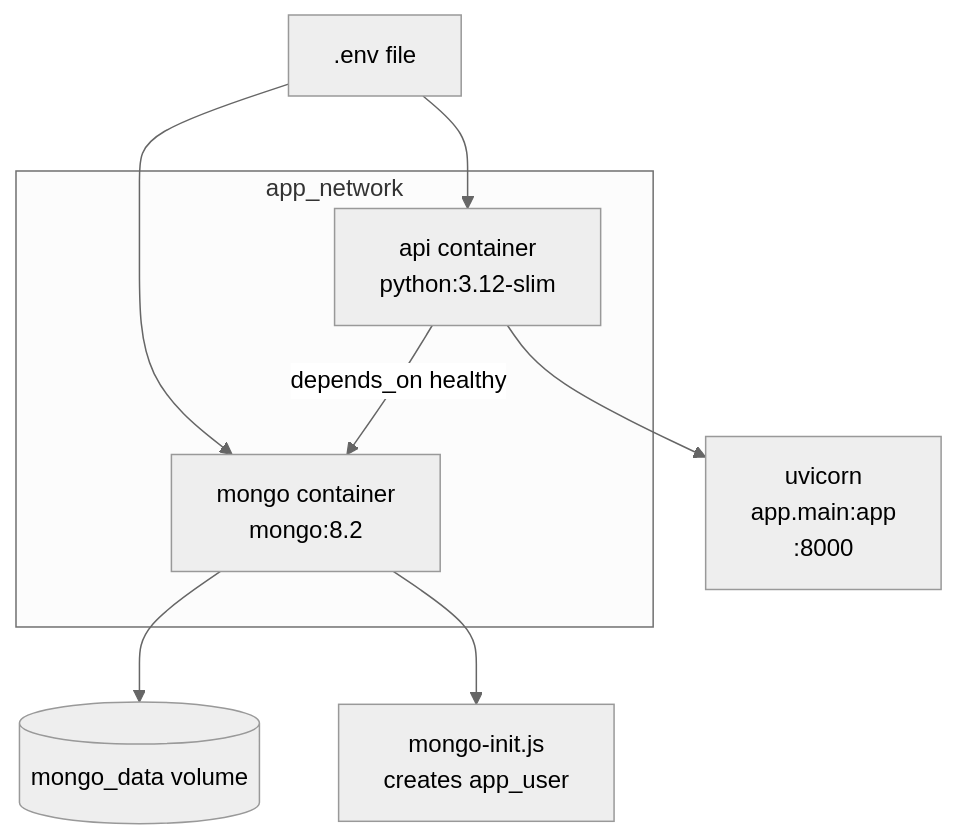
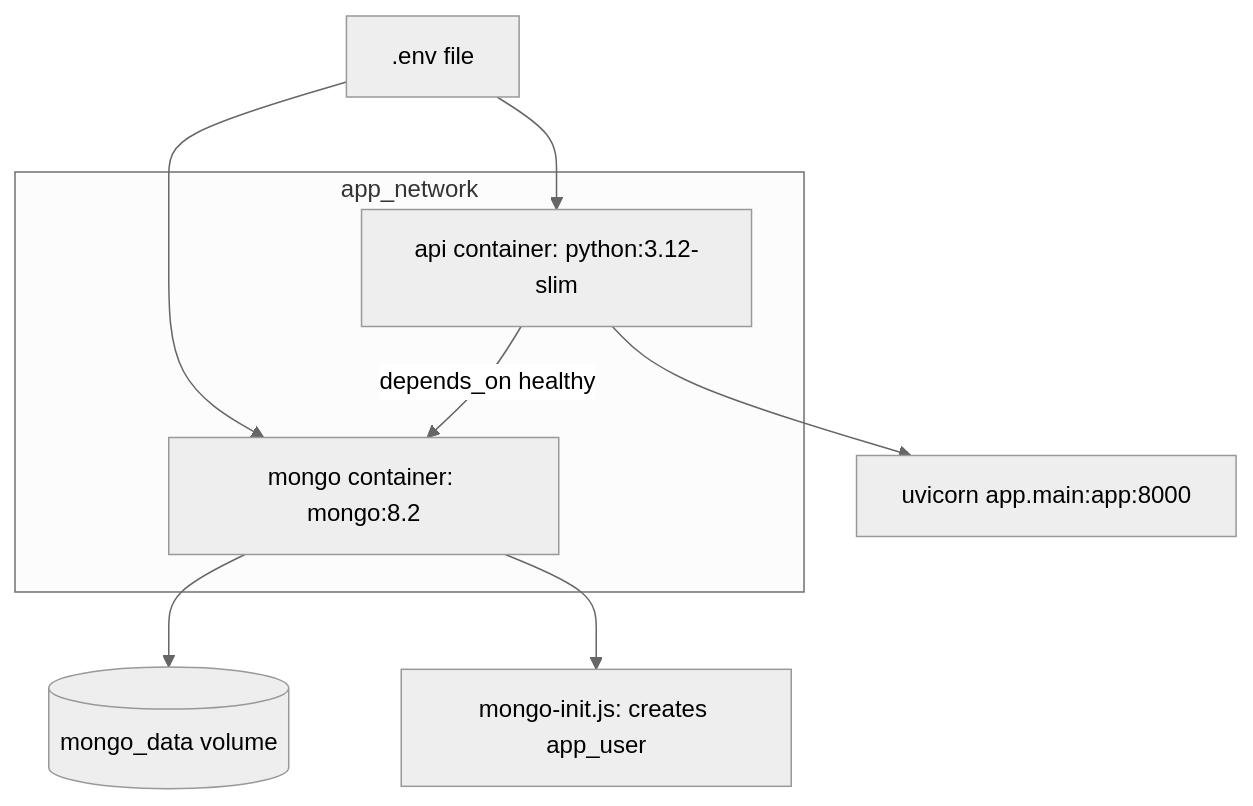
The first of 5 diagrams in docs/architecture.md (EladAriel/mini-agent-platform), drawn with Mermaid (neutral theme) before and after one commit. The commit also changed other lines of this file and 1 other file, not shown here.

````diff
--- a/docs/architecture.md
+++ b/docs/architecture.md
@@ -9,16 +9,16 @@
 ```mermaid
 flowchart TD
-    ENV[.env file] --> MC[mongo container\nmongo:8.2]
-    ENV --> AC[api container\npython:3.12-slim]
+    ENV[.env file] --> MC[mongo container: mongo:8.2]
+    ENV --> AC[api container: python:3.12-slim]
 
     MC --> VOL[(mongo_data volume)]
-    MC --> INIT[mongo-init.js\ncreates app_user]
+    MC --> INIT[mongo-init.js: creates app_user]
 
-    AC --> APP[uvicorn\napp.main:app\n:8000]
+    AC --> APP[uvicorn app.main:app:8000]
     AC -->|depends_on healthy| MC
 
     subgraph app_network
         MC
         AC
     end
 ```
````
